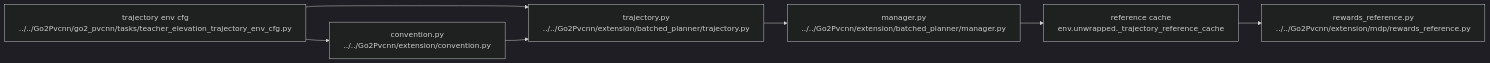
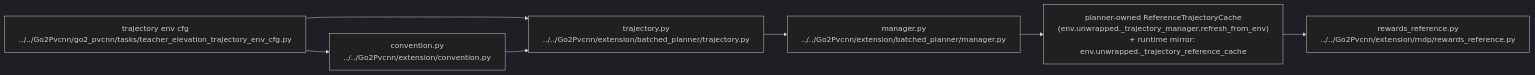
The diagram in notes/ai/ai-10-extension-planner-runtime.md (lukeyang117/Go2Pvcnn), drawn with Mermaid (dark theme) before and after one commit. The commit also changed other lines of this file and 3 other files, not shown here.

Commit message:
Task 6: verify runtime-path cache contract

````diff
--- a/notes/ai/ai-10-extension-planner-runtime.md
+++ b/notes/ai/ai-10-extension-planner-runtime.md
@@ -28,16 +27,16 @@
 ```mermaid
 graph LR
     env["trajectory env cfg\n../../Go2Pvcnn/go2_pvcnn/tasks/teacher_elevation_trajectory_env_cfg.py"]
     convention["convention.py\n../../Go2Pvcnn/extension/convention.py"]
     traj["trajectory.py\n../../Go2Pvcnn/extension/batched_planner/trajectory.py"]
     manager["manager.py\n../../Go2Pvcnn/extension/batched_planner/manager.py"]
-    cache["reference cache\nenv.unwrapped._trajectory_reference_cache"]
+    cache["planner-owned ReferenceTrajectoryCache\n(env.unwrapped._trajectory_manager.refresh_from_env)\n+ runtime mirror: env.unwrapped._trajectory_reference_cache"]
     reward["rewards_reference.py\n../../Go2Pvcnn/extension/mdp/rewards_reference.py"]
 
     env --> convention
     env --> traj
     convention --> traj
     traj --> manager
     manager --> cache
     cache --> reward
 ```
````
